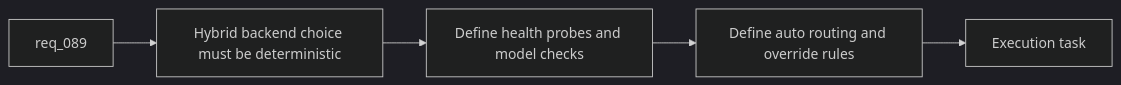
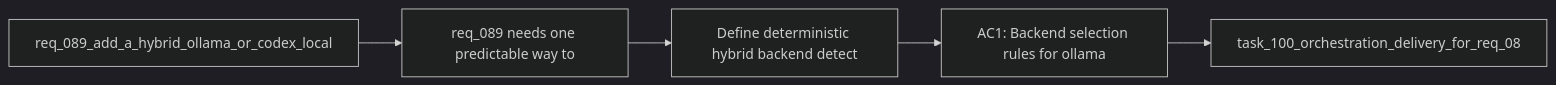
Before and after one commit to AlexAgo83/logics-manager: the diagram in logics/backlog/item_140_define_deterministic_hybrid_backend_detection_health_probes_and_auto_routing_for_logics_assist_flows.md, drawn with Mermaid (dark theme). The commit also changed 481 other files, not shown here.

````diff
--- a/logics/backlog/item_140_define_deterministic_hybrid_backend_detection_health_probes_and_auto_routing_for_logics_assist_flows.md
+++ b/logics/backlog/item_140_define_deterministic_hybrid_backend_detection_health_probes_and_auto_routing_for_logics_assist_flows.md
@@ -28,9 +28,9 @@
 ```mermaid
 %% logics-kind: backlog
 %% logics-signature: backlog|define-deterministic-hybrid-backend-dete|req-089-add-a-hybrid-ollama-or-codex-loc|req-089-needs-one-predictable-way-to|ac1-backend-selection-rules-for-ollama
 flowchart LR
-    Request[req_089] --> Problem[Hybrid backend choice must be deterministic]
-    Problem --> Probes[Define health probes and model checks]
-    Probes --> Router[Define auto routing and override rules]
-    Router --> Done[Execution task]
+    Request[req_089_add_a_hybrid_ollama_or_codex_local] --> Problem[req_089 needs one predictable way to]
+    Problem --> Scope[Define deterministic hybrid backend detect]
+    Scope --> Acceptance[AC1: Backend selection rules for ollama]
+    Acceptance --> Tasks[task_100_orchestration_delivery_for_req_08]
 ```
````
